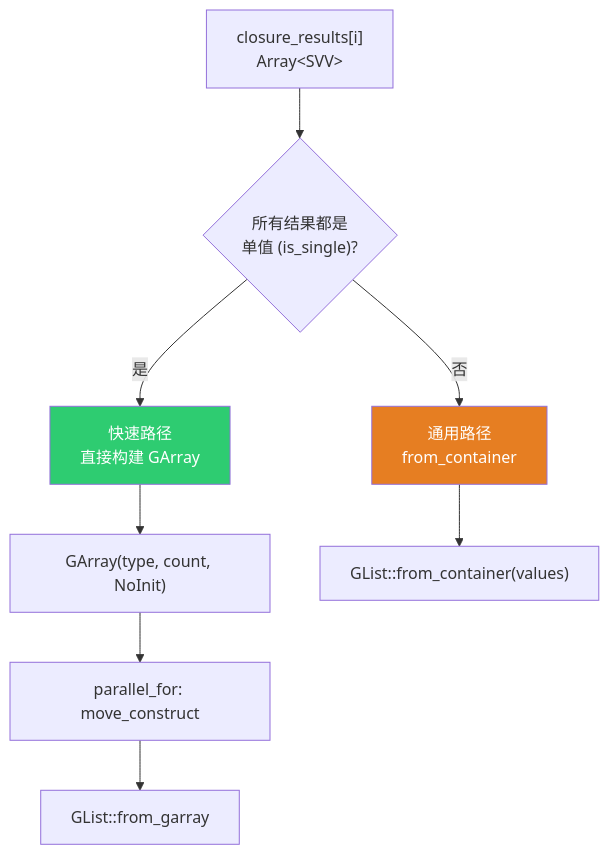
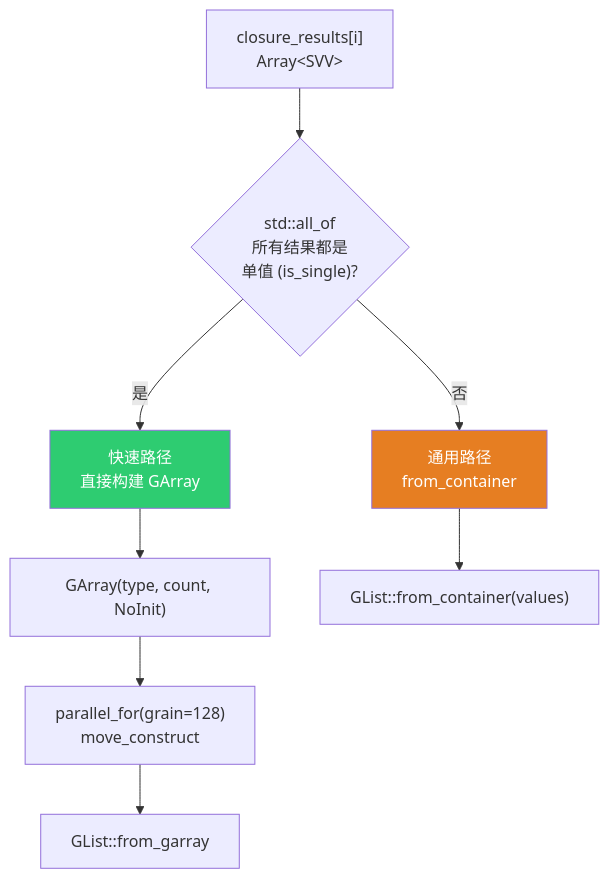
One commit to yunkezengren/blender-.vscode changed diagram 18 of 34 in 杂/markdown/几何节点-列表/09-ClosureToList节点.md. Above: the diagram before and after it, drawn with Mermaid. The commit also changed other lines of this file and 13 other files, not shown here.

````diff
--- a/杂/markdown/几何节点-列表/09-ClosureToList节点.md
+++ b/杂/markdown/几何节点-列表/09-ClosureToList节点.md
@@ -316,18 +1109,18 @@
 ```mermaid
 flowchart TD
     Results["closure_results[i]<br/>Array&lt;SVV&gt;"]
 
-    Results --> Check{"所有结果都是<br/>单值 (is_single)?"}
+    Results --> Check{"std::all_of<br/>所有结果都是<br/>单值 (is_single)?"}
 
     Check -->|"是"| FastPath["快速路径<br/>直接构建 GArray"]
     Check -->|"否"| SlowPath["通用路径<br/>from_container"]
 
     FastPath --> Step1["GArray(type, count, NoInit)"]
-    Step1 --> Step2["parallel_for: move_construct"]
+    Step1 --> Step2["parallel_for(grain=128)<br/>move_construct"]
     Step2 --> Step3["GList::from_garray"]
 
     SlowPath --> Step4["GList::from_container(values)"]
 
     style FastPath fill:#2ecc71,color:#fff
     style SlowPath fill:#e67e22,color:#fff
 ```
````
